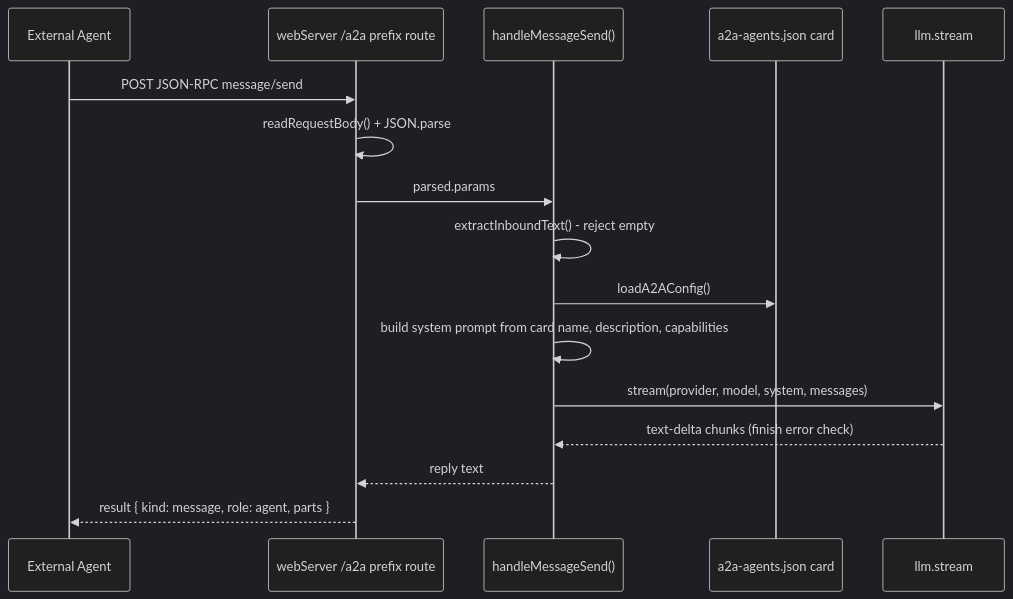
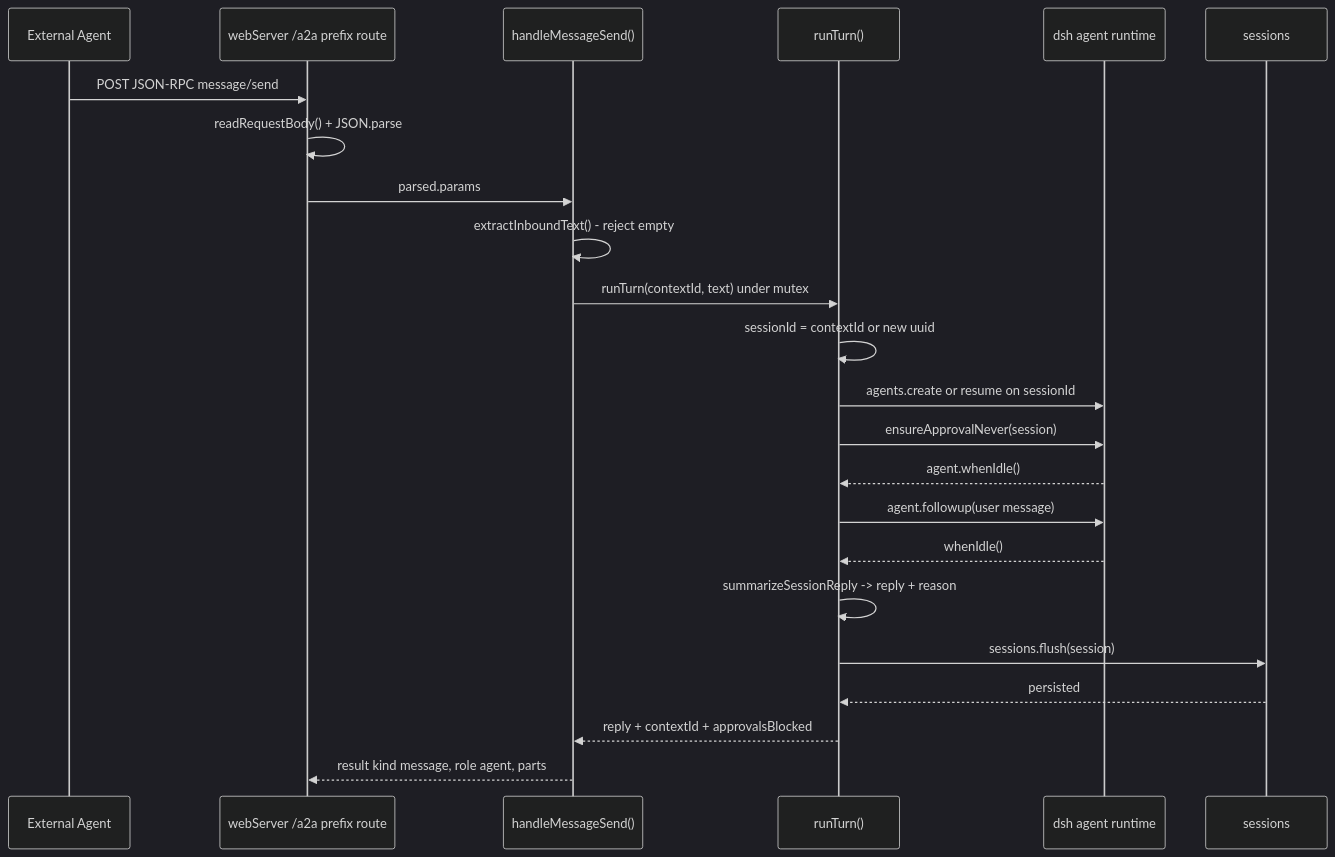
One commit to zw11591-sketch/dsh-pet-panel changed the second of 2 diagrams in openwiki/concepts/a2a-protocol.md. Above: the diagram before and after it, drawn with Mermaid (dark theme). The commit also changed other lines of this file and 53 other files, not shown here.

````diff
--- a/openwiki/concepts/a2a-protocol.md
+++ b/openwiki/concepts/a2a-protocol.md
@@ -171,19 +178,26 @@
 ```mermaid
 sequenceDiagram
     participant EXT as External Agent
     participant WS as webServer /a2a prefix route
-    participant H as handleMessageSend()
-    participant CARD as a2a-agents.json card
-    participant LLM as llm.stream
+    participant HM as handleMessageSend()
+    participant RT as runTurn()
+    participant AG as dsh agent runtime
+    participant SS as sessions
 
     EXT->>WS: POST JSON-RPC message/send
     WS->>WS: readRequestBody() + JSON.parse
-    WS->>H: parsed.params
-    H->>H: extractInboundText() - reject empty
-    H->>CARD: loadA2AConfig()
-    H->>H: build system prompt from card name, description, capabilities
-    H->>LLM: stream(provider, model, system, messages)
-    LLM-->>H: text-delta chunks (finish error check)
-    H-->>WS: reply text
-    WS-->>EXT: result { kind: message, role: agent, parts }
+    WS->>HM: parsed.params
+    HM->>HM: extractInboundText() - reject empty
+    HM->>RT: runTurn(contextId, text) under mutex
+    RT->>RT: sessionId = contextId or new uuid
+    RT->>AG: agents.create or resume on sessionId
+    RT->>AG: ensureApprovalNever(session)
+    AG-->>RT: agent.whenIdle()
+    RT->>AG: agent.followup(user message)
+    AG-->>RT: whenIdle()
+    RT->>RT: summarizeSessionReply -> reply + reason
+    RT->>SS: sessions.flush(session)
+    SS-->>RT: persisted
+    RT-->>HM: reply + contextId + approvalsBlocked
+    HM-->>WS: result kind message, role agent, parts
 ```
````
